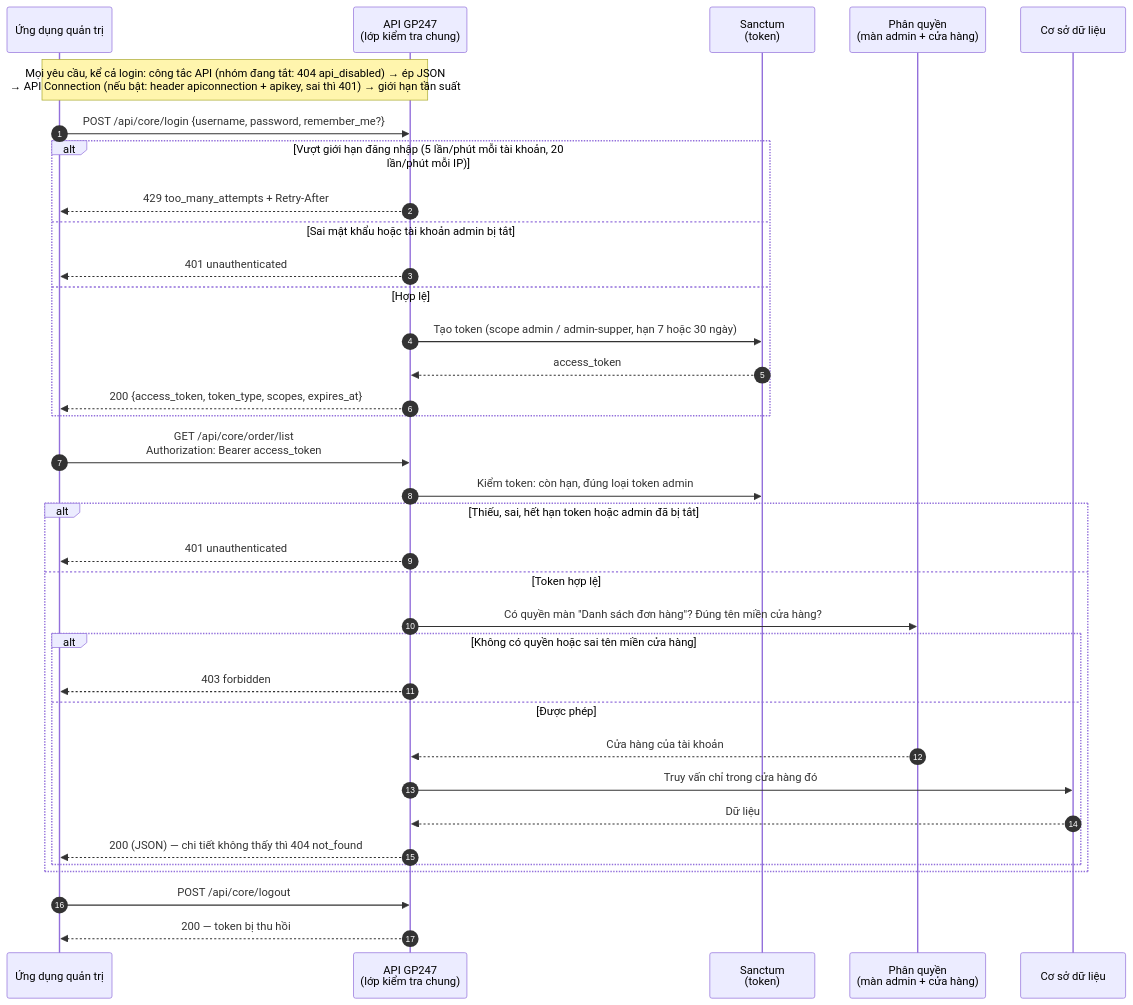
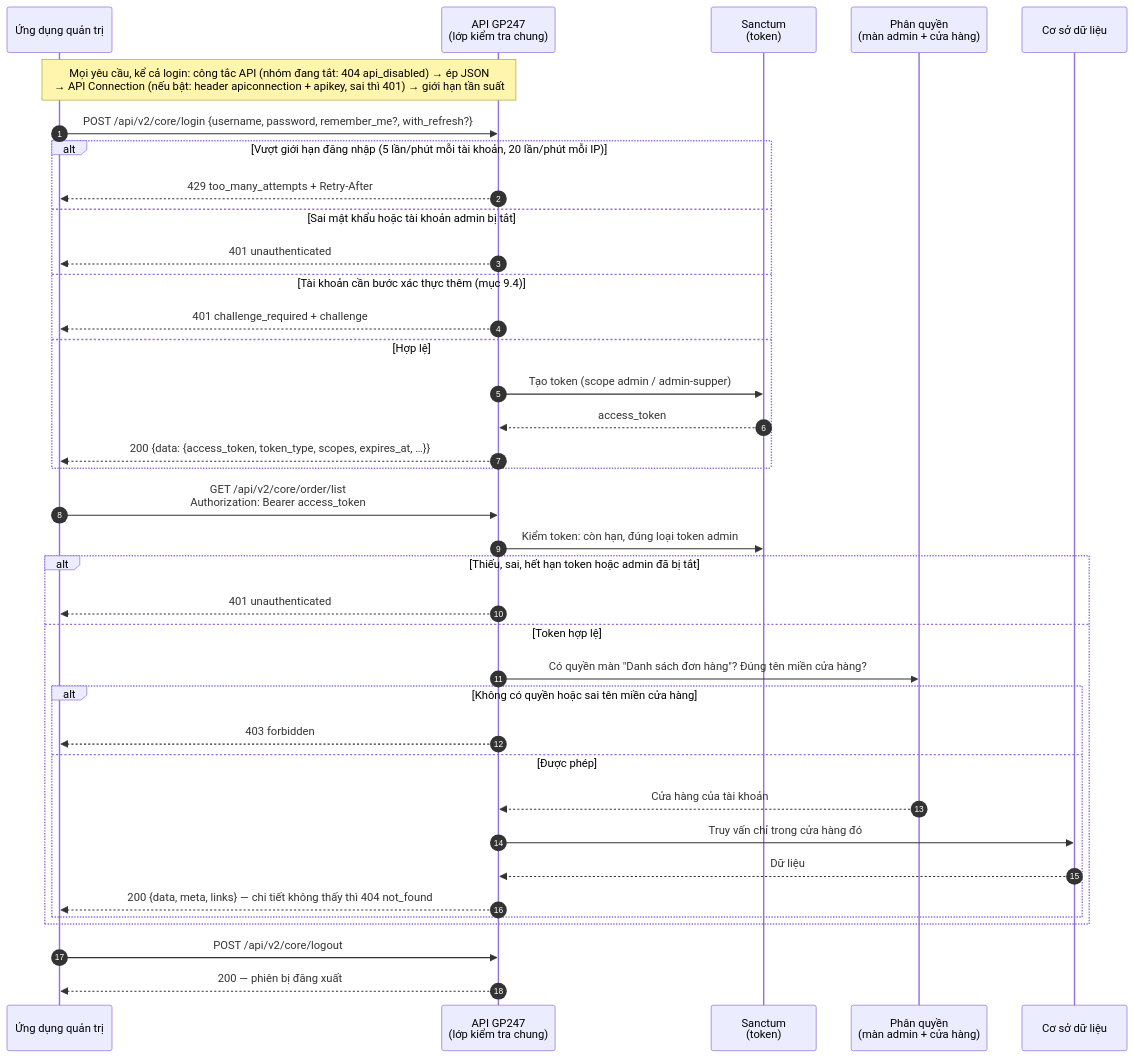
The second of 7 diagrams in api/api-introduction_vi.md (gp247net/gp247-docs), drawn with Mermaid before and after one commit. The commit also changed other lines of this file and 13 other files, not shown here.

````diff
--- a/api/api-introduction_vi.md
+++ b/api/api-introduction_vi.md
@@ -191,37 +344,39 @@
 ```mermaid
 sequenceDiagram
     autonumber
     participant A as Ứng dụng quản trị
     participant M as API GP247<br/>(lớp kiểm tra chung)
     participant S as Sanctum<br/>(token)
     participant Q as Phân quyền<br/>(màn admin + cửa hàng)
     participant D as Cơ sở dữ liệu
     Note over A,M: Mọi yêu cầu, kể cả login: công tắc API (nhóm đang tắt: 404 api_disabled) → ép JSON<br/>→ API Connection (nếu bật: header apiconnection + apikey, sai thì 401) → giới hạn tần suất
-    A->>M: POST /api/core/login {username, password, remember_me?}
+    A->>M: POST /api/v2/core/login {username, password, remember_me?, with_refresh?}
     alt Vượt giới hạn đăng nhập (5 lần/phút mỗi tài khoản, 20 lần/phút mỗi IP)
         M-->>A: 429 too_many_attempts + Retry-After
     else Sai mật khẩu hoặc tài khoản admin bị tắt
         M-->>A: 401 unauthenticated
+    else Tài khoản cần bước xác thực thêm (mục 9.4)
+        M-->>A: 401 challenge_required + challenge
     else Hợp lệ
-        M->>S: Tạo token (scope admin / admin-supper, hạn 7 hoặc 30 ngày)
+        M->>S: Tạo token (scope admin / admin-supper)
         S-->>M: access_token
-        M-->>A: 200 {access_token, token_type, scopes, expires_at}
+        M-->>A: 200 {data: {access_token, token_type, scopes, expires_at, …}}
     end
-    A->>M: GET /api/core/order/list<br/>Authorization: Bearer access_token
+    A->>M: GET /api/v2/core/order/list<br/>Authorization: Bearer access_token
     M->>S: Kiểm token: còn hạn, đúng loại token admin
     alt Thiếu, sai, hết hạn token hoặc admin đã bị tắt
         M-->>A: 401 unauthenticated
     else Token hợp lệ
         M->>Q: Có quyền màn "Danh sách đơn hàng"? Đúng tên miền cửa hàng?
         alt Không có quyền hoặc sai tên miền cửa hàng
             M-->>A: 403 forbidden
         else Được phép
             Q-->>M: Cửa hàng của tài khoản
             M->>D: Truy vấn chỉ trong cửa hàng đó
             D-->>M: Dữ liệu
-            M-->>A: 200 (JSON) — chi tiết không thấy thì 404 not_found
+            M-->>A: 200 {data, meta, links} — chi tiết không thấy thì 404 not_found
         end
     end
-    A->>M: POST /api/core/logout
-    M-->>A: 200 — token bị thu hồi
+    A->>M: POST /api/v2/core/logout
+    M-->>A: 200 — phiên bị đăng xuất
 ```
````
